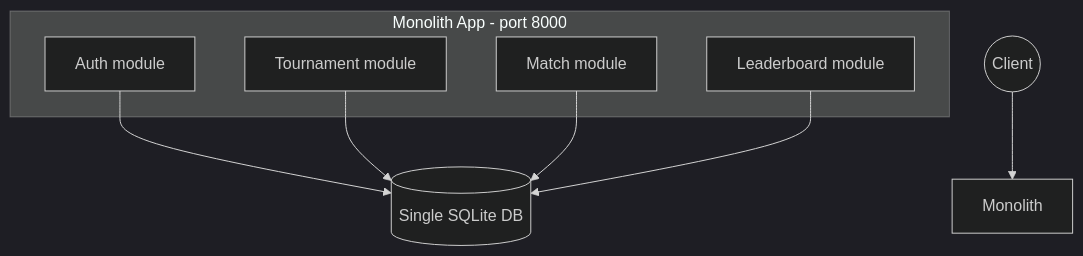
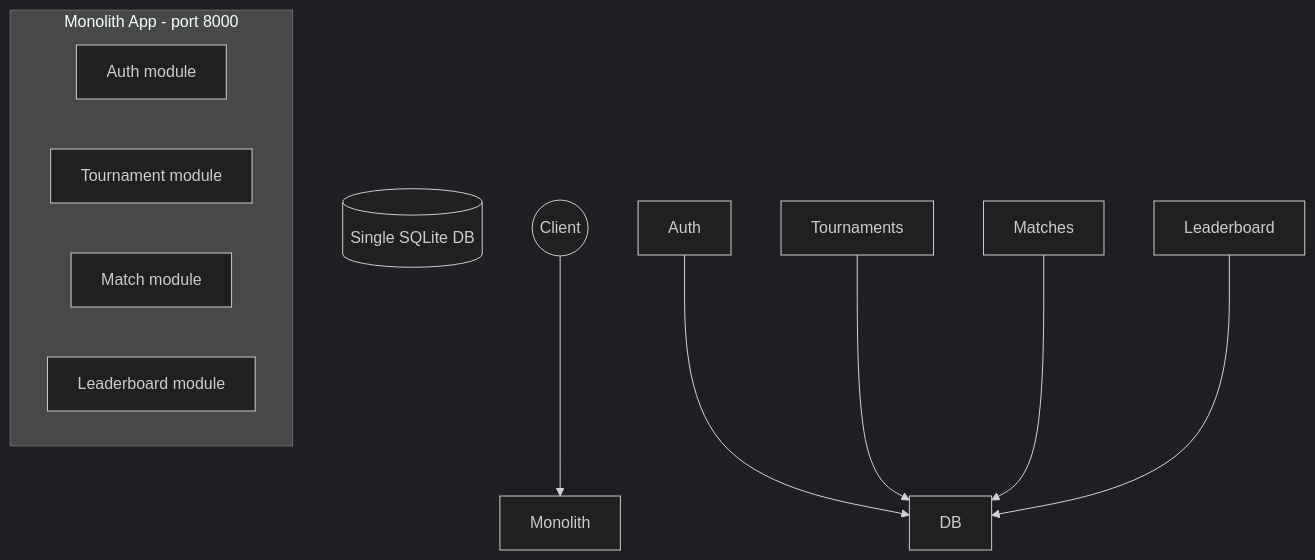
Before and after one commit to Shhh09git/ClashArena: the first of 2 diagrams in docs/ARCHITECTURE.md, drawn with Mermaid (dark theme). The commit also changed other lines of this file, not shown here.

Commit message:
Fix truncated sentence in ARCHITECTURE.md section 4

````diff
--- a/docs/ARCHITECTURE.md
+++ b/docs/ARCHITECTURE.md
@@ -97,15 +100,15 @@
 ```mermaid
 flowchart TB
     subgraph Monolith App - port 8000
-        Auth[Auth module]
-        Tournaments[Tournament module]
-        Matches[Match module]
-        Leaderboard[Leaderboard module]
+        Auth\[Auth module]
+        Tournaments\[Tournament module]
+        Matches\[Match module]
+        Leaderboard\[Leaderboard module]
     end
-    DB[(Single SQLite DB)]
+    DB\[(Single SQLite DB)]
     Client((Client)) --> Monolith
     Auth --> DB
     Tournaments --> DB
     Matches --> DB
     Leaderboard --> DB
 ```
````
